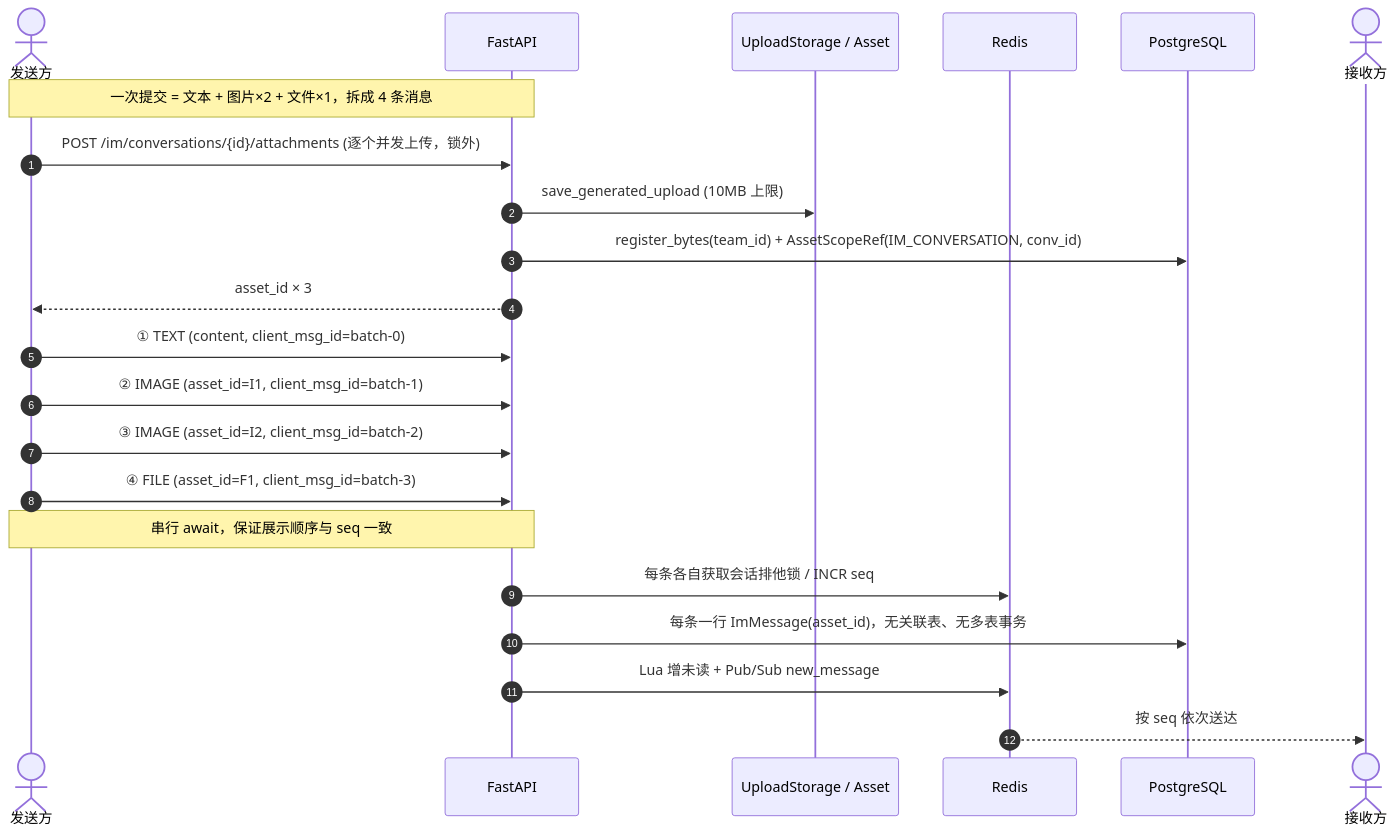
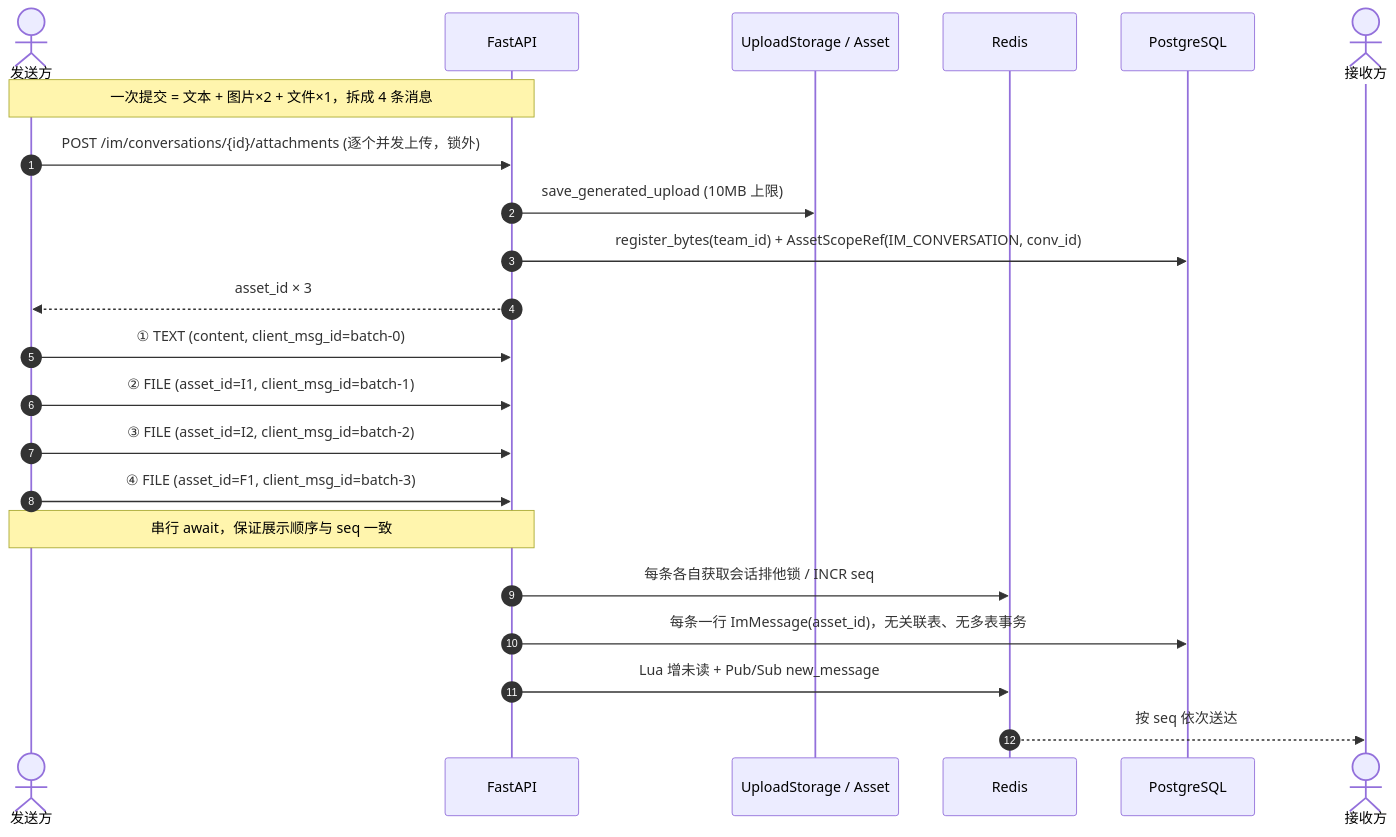
One commit to clouisle/Clouisle changed the diagram in docs/plan/im-rich-media.md. Above: the diagram before and after it, drawn with Mermaid. The commit also changed other lines of this file and 9 other files, not shown here.

````diff
--- a/docs/plan/im-rich-media.md
+++ b/docs/plan/im-rich-media.md
@@ -43,26 +43,26 @@
 ```mermaid
     sequenceDiagram
     autonumber
     actor A as 发送方
     participant API as FastAPI
     participant Store as UploadStorage / Asset
     participant Redis as Redis
     participant DB as PostgreSQL
     actor B as 接收方
 
     Note over A,API: 一次提交 = 文本 + 图片×2 + 文件×1，拆成 4 条消息
     A->>API: POST /im/conversations/{id}/attachments (逐个并发上传，锁外)
     API->>Store: save_generated_upload (10MB 上限)
     API->>DB: register_bytes(team_id) + AssetScopeRef(IM_CONVERSATION, conv_id)
     API-->>A: asset_id × 3
 
     A->>API: ① TEXT (content, client_msg_id=batch-0)
-    A->>API: ② IMAGE (asset_id=I1, client_msg_id=batch-1)
-    A->>API: ③ IMAGE (asset_id=I2, client_msg_id=batch-2)
+    A->>API: ② FILE (asset_id=I1, client_msg_id=batch-1)
+    A->>API: ③ FILE (asset_id=I2, client_msg_id=batch-2)
     A->>API: ④ FILE (asset_id=F1, client_msg_id=batch-3)
     Note over A,API: 串行 await，保证展示顺序与 seq 一致
     API->>Redis: 每条各自获取会话排他锁 / INCR seq
     API->>DB: 每条一行 ImMessage(asset_id)，无关联表、无多表事务
     API->>Redis: Lua 增未读 + Pub/Sub new_message
     Redis-->>B: 按 seq 依次送达
 ```
````
